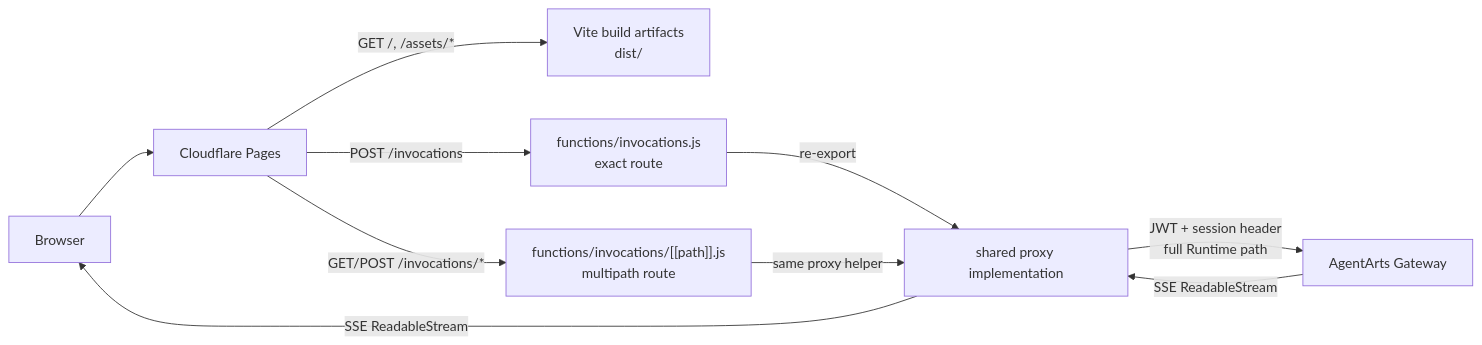
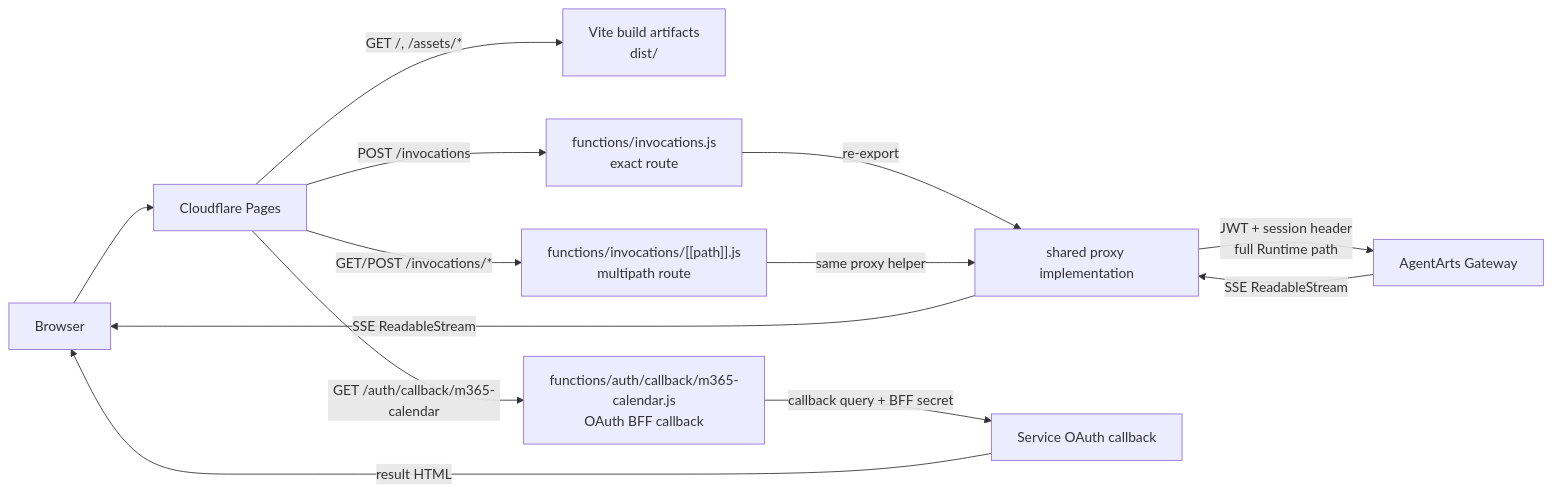
One commit to T-1009/personal-assistant changed the first of 2 diagrams in personal-assistant-meta/architecture/cloud-service/cloudflare/pages.md. Above: the diagram before and after it, drawn with Mermaid. The commit also changed other lines of this file and 20 other files, not shown here.

Commit message:
Refine calendar OAuth callback BFF flow

````diff
--- a/personal-assistant-meta/architecture/cloud-service/cloudflare/pages.md
+++ b/personal-assistant-meta/architecture/cloud-service/cloudflare/pages.md
@@ -10,14 +10,17 @@
 ```mermaid
 flowchart LR
     Browser["Browser"] --> Pages["Cloudflare Pages"]
 
     Pages -->|"GET /, /assets/*"| Assets["Vite build artifacts<br/>dist/"]
     Pages -->|"POST /invocations"| ExactFn["functions/invocations.js<br/>exact route"]
     Pages -->|"GET/POST /invocations/*"| DeepFn["functions/invocations/[[path]].js<br/>multipath route"]
+    Pages -->|"GET /auth/callback/m365-calendar"| CallbackFn["functions/auth/callback/m365-calendar.js<br/>OAuth BFF callback"]
 
     ExactFn -->|"re-export"| Proxy["shared proxy implementation"]
     DeepFn -->|"same proxy helper"| Proxy
     Proxy -->|"JWT + session header<br/>full Runtime path"| Gateway["AgentArts Gateway"]
+    CallbackFn -->|"callback query + BFF secret"| OAuthCallback["Service OAuth callback"]
     Gateway -->|"SSE ReadableStream"| Proxy
     Proxy -->|"SSE ReadableStream"| Browser
+    OAuthCallback -->|"result HTML"| Browser
 ```
````
